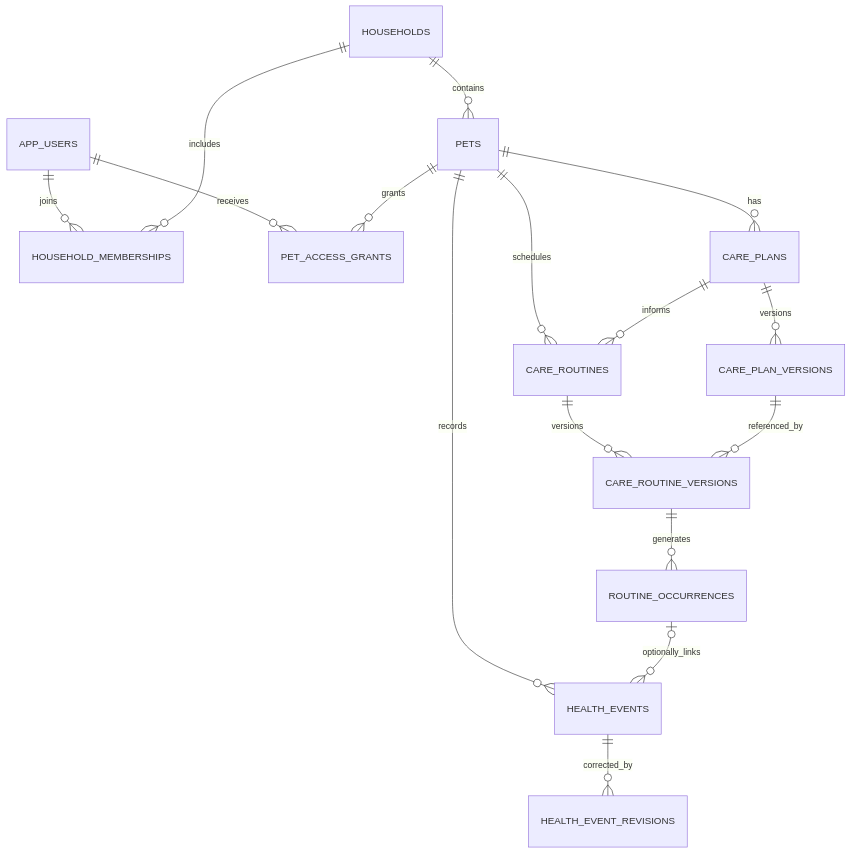
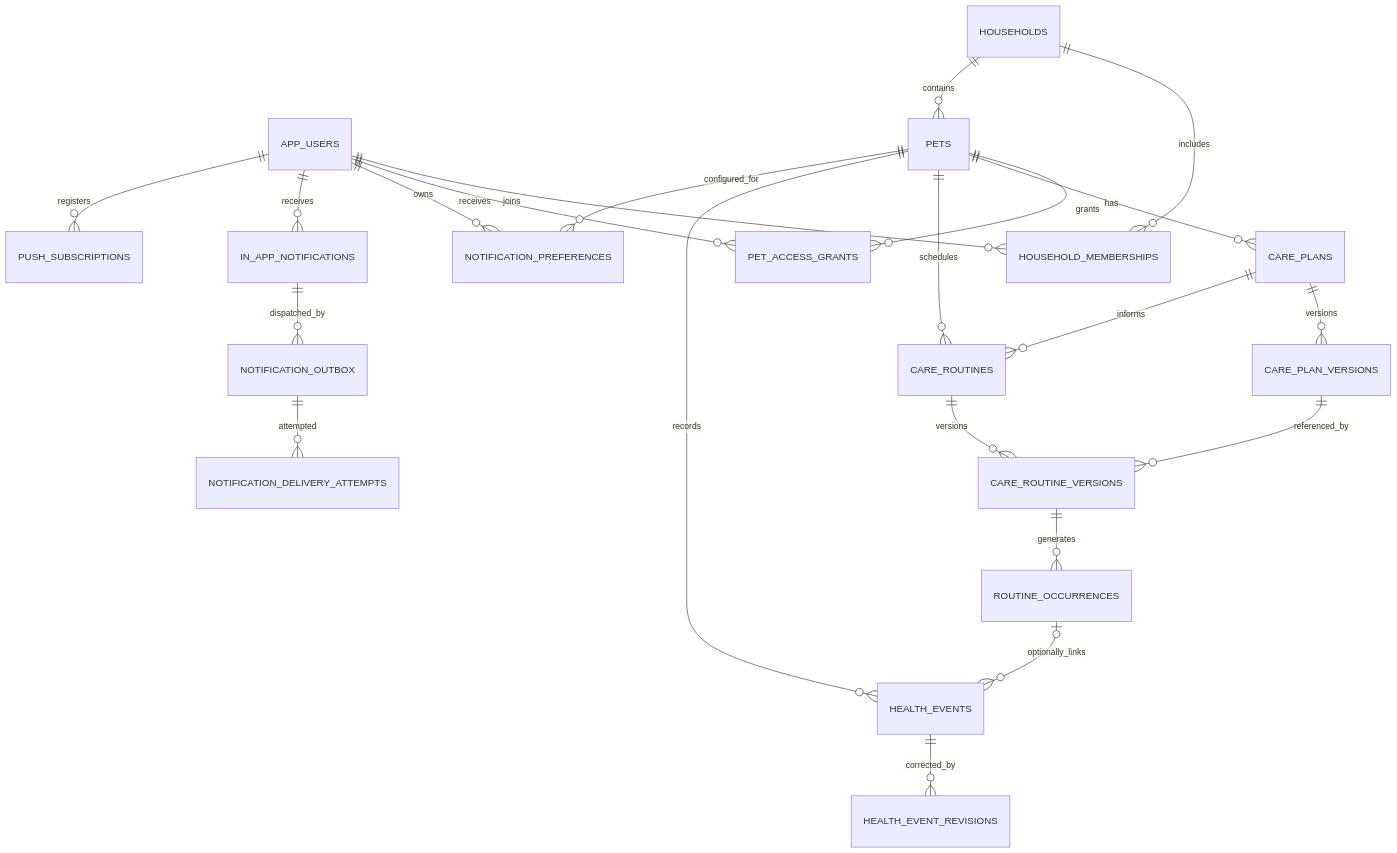
The diagram in docs/DATA-MODEL.md (perfumerlee/hanilog), drawn with Mermaid before and after one commit. The commit also changed other lines of this file and 26 other files, not shown here.

````diff
--- a/docs/DATA-MODEL.md
+++ b/docs/DATA-MODEL.md
@@ -7,18 +7,24 @@
 ```mermaid
 erDiagram
     APP_USERS ||--o{ HOUSEHOLD_MEMBERSHIPS : joins
     HOUSEHOLDS ||--o{ HOUSEHOLD_MEMBERSHIPS : includes
     HOUSEHOLDS ||--o{ PETS : contains
     APP_USERS ||--o{ PET_ACCESS_GRANTS : receives
     PETS ||--o{ PET_ACCESS_GRANTS : grants
     PETS ||--o{ CARE_PLANS : has
     CARE_PLANS ||--o{ CARE_PLAN_VERSIONS : versions
     PETS ||--o{ CARE_ROUTINES : schedules
     CARE_PLANS ||--o{ CARE_ROUTINES : informs
     CARE_ROUTINES ||--o{ CARE_ROUTINE_VERSIONS : versions
     CARE_PLAN_VERSIONS ||--o{ CARE_ROUTINE_VERSIONS : referenced_by
     CARE_ROUTINE_VERSIONS ||--o{ ROUTINE_OCCURRENCES : generates
     PETS ||--o{ HEALTH_EVENTS : records
     ROUTINE_OCCURRENCES o|--o{ HEALTH_EVENTS : optionally_links
     HEALTH_EVENTS ||--o{ HEALTH_EVENT_REVISIONS : corrected_by
+    PETS ||--o{ NOTIFICATION_PREFERENCES : configured_for
+    APP_USERS ||--o{ NOTIFICATION_PREFERENCES : owns
+    APP_USERS ||--o{ IN_APP_NOTIFICATIONS : receives
+    IN_APP_NOTIFICATIONS ||--o{ NOTIFICATION_OUTBOX : dispatched_by
+    NOTIFICATION_OUTBOX ||--o{ NOTIFICATION_DELIVERY_ATTEMPTS : attempted
+    APP_USERS ||--o{ PUSH_SUBSCRIPTIONS : registers
 ```
````
